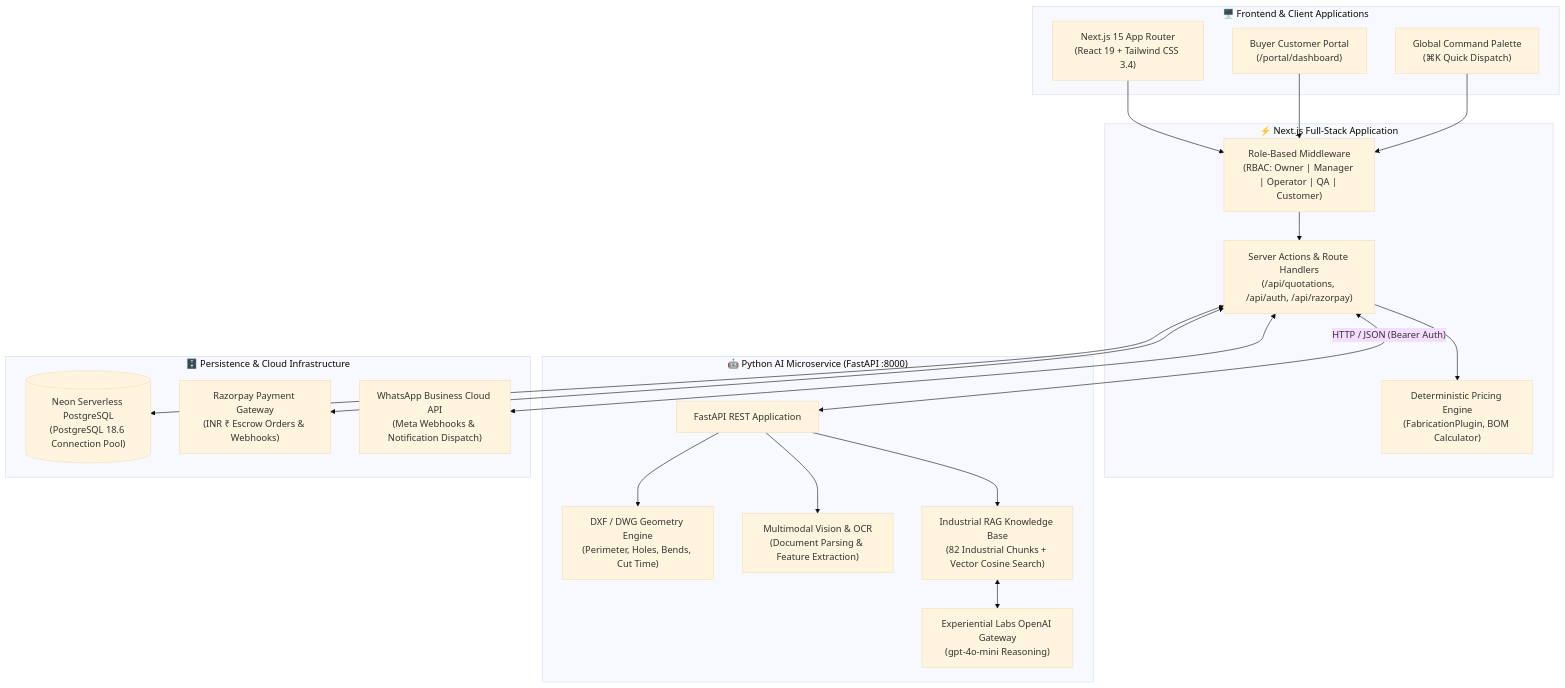
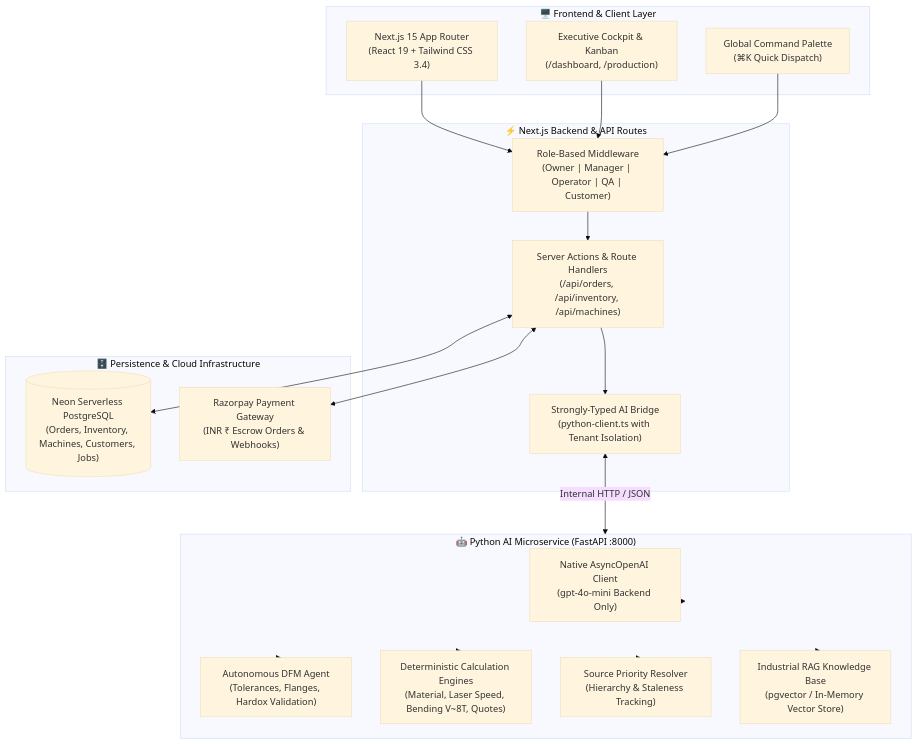
The first of 2 diagrams in README.md (bhuvanabcs24-maker/Forge-IQ), drawn with Mermaid (base theme) before and after one commit. The commit also changed other lines of this file and 7 other files, not shown here.

Commit message:
docs: update README with compact screenshots, new platform images, and Master AI architecture details

````diff
--- a/README.md
+++ b/README.md
@@ -131,45 +133,44 @@
 ```mermaid
 flowchart TD
-    subgraph ClientLayer["🖥️ Frontend & Client Applications"]
+    subgraph ClientLayer["🖥️ Frontend & Client Layer"]
         Browser["Next.js 15 App Router\n(React 19 + Tailwind CSS 3.4)"]
-        CustomerPortal["Buyer Customer Portal\n(/portal/dashboard)"]
+        Dashboard["Executive Cockpit & Kanban\n(/dashboard, /production)"]
         CommandPalette["Global Command Palette\n(⌘K Quick Dispatch)"]
     end
 
-    subgraph AppServer["⚡ Next.js Full-Stack Application"]
-        Middleware["Role-Based Middleware\n(RBAC: Owner | Manager | Operator | QA | Customer)"]
-        ServerActions["Server Actions & Route Handlers\n(/api/quotations, /api/auth, /api/razorpay)"]
-        PricingEngine["Deterministic Pricing Engine\n(FabricationPlugin, BOM Calculator)"]
+    subgraph AppServer["⚡ Next.js Backend & API Routes"]
+        Middleware["Role-Based Middleware\n(Owner | Manager | Operator | QA | Customer)"]
+        ServerActions["Server Actions & Route Handlers\n(/api/orders, /api/inventory, /api/machines)"]
+        PythonBridge["Strongly-Typed AI Bridge\n(python-client.ts with Tenant Isolation)"]
     end
 
     subgraph AIService["🤖 Python AI Microservice (FastAPI :8000)"]
-        FastAPIApp["FastAPI REST Application"]
-        CADParser["DXF / DWG Geometry Engine\n(Perimeter, Holes, Bends, Cut Time)"]
-        DocExtractor["Multimodal Vision & OCR\n(Document Parsing & Feature Extraction)"]
-        RAGEngine["Industrial RAG Knowledge Base\n(82 Industrial Chunks + Vector Cosine Search)"]
-        OpenAIGateway["Experiential Labs OpenAI Gateway\n(gpt-4o-mini Reasoning)"]
+        AsyncOpenAI["Native AsyncOpenAI Client\n(gpt-4o-mini Backend Only)"]
+        DFMAgent["Autonomous DFM Agent\n(Tolerances, Flanges, Hardox Validation)"]
+        Calculators["Deterministic Calculation Engines\n(Material, Laser Speed, Bending V~8T, Quotes)"]
+        KnowledgeResolver["Source Priority Resolver\n(Hierarchy & Staleness Tracking)"]
+        VectorStore["Industrial RAG Knowledge Base\n(pgvector / In-Memory Vector Store)"]
     end
 
     subgraph DatabaseLayer["🗄️ Persistence & Cloud Infrastructure"]
-        NeonDB[("Neon Serverless PostgreSQL\n(PostgreSQL 18.6 Connection Pool)")]
+        NeonDB[("Neon Serverless PostgreSQL\n(Orders, Inventory, Machines, Customers, Jobs)")]
         Razorpay["Razorpay Payment Gateway\n(INR ₹ Escrow Orders & Webhooks)"]
-        WhatsAppAPI["WhatsApp Business Cloud API\n(Meta Webhooks & Notification Dispatch)"]
     end
 
     Browser --> Middleware
-    CustomerPortal --> Middleware
+    Dashboard --> Middleware
     CommandPalette --> Middleware
     Middleware --> ServerActions
 
     ServerActions <--> NeonDB
-    ServerActions --> PricingEngine
-    ServerActions <-->|"HTTP / JSON (Bearer Auth)"| FastAPIApp
+    ServerActions --> PythonBridge
+    PythonBridge <-->|"Internal HTTP / JSON"| AIService
 
-    FastAPIApp --> CADParser
-    FastAPIApp --> DocExtractor
-    FastAPIApp --> RAGEngine
-    RAGEngine <--> OpenAIGateway
+    AIService --> AsyncOpenAI
+    AIService --> DFMAgent
+    AIService --> Calculators
+    AIService --> KnowledgeResolver
+    AIService --> VectorStore
 
     ServerActions <--> Razorpay
-    ServerActions <--> WhatsAppAPI
 ```
````
